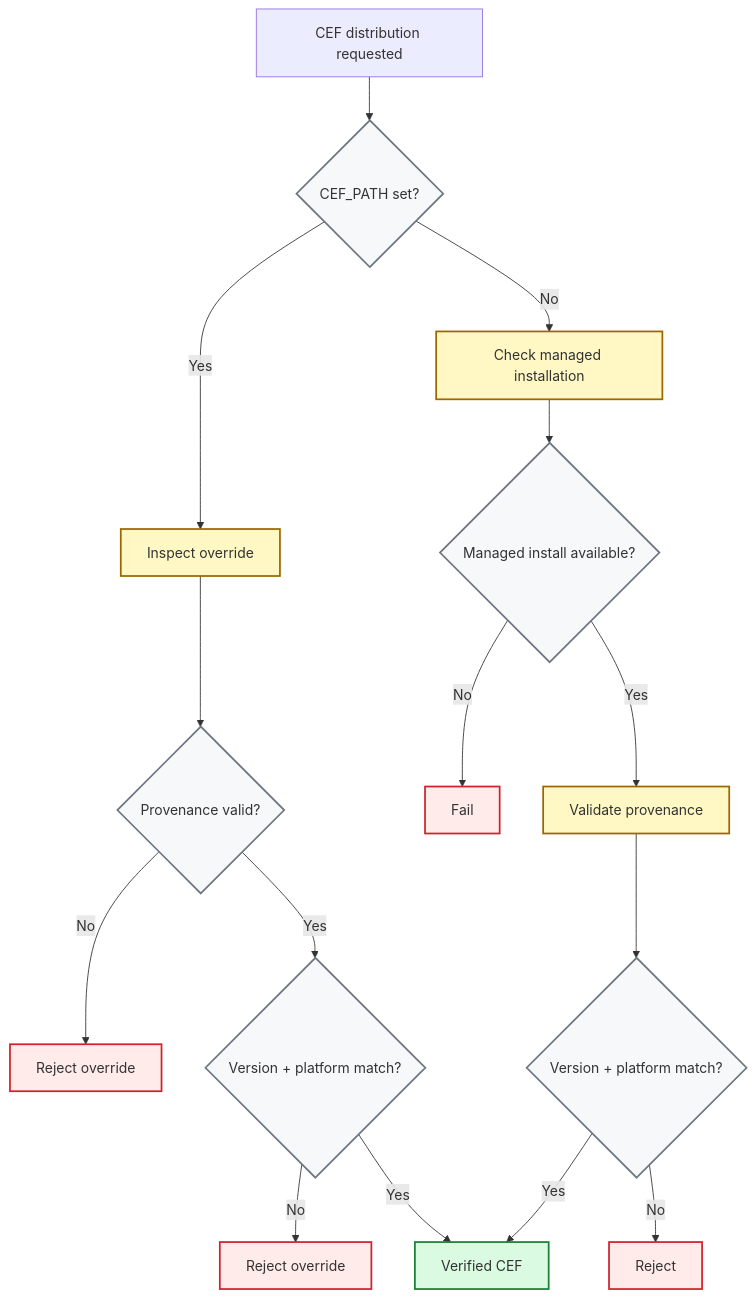
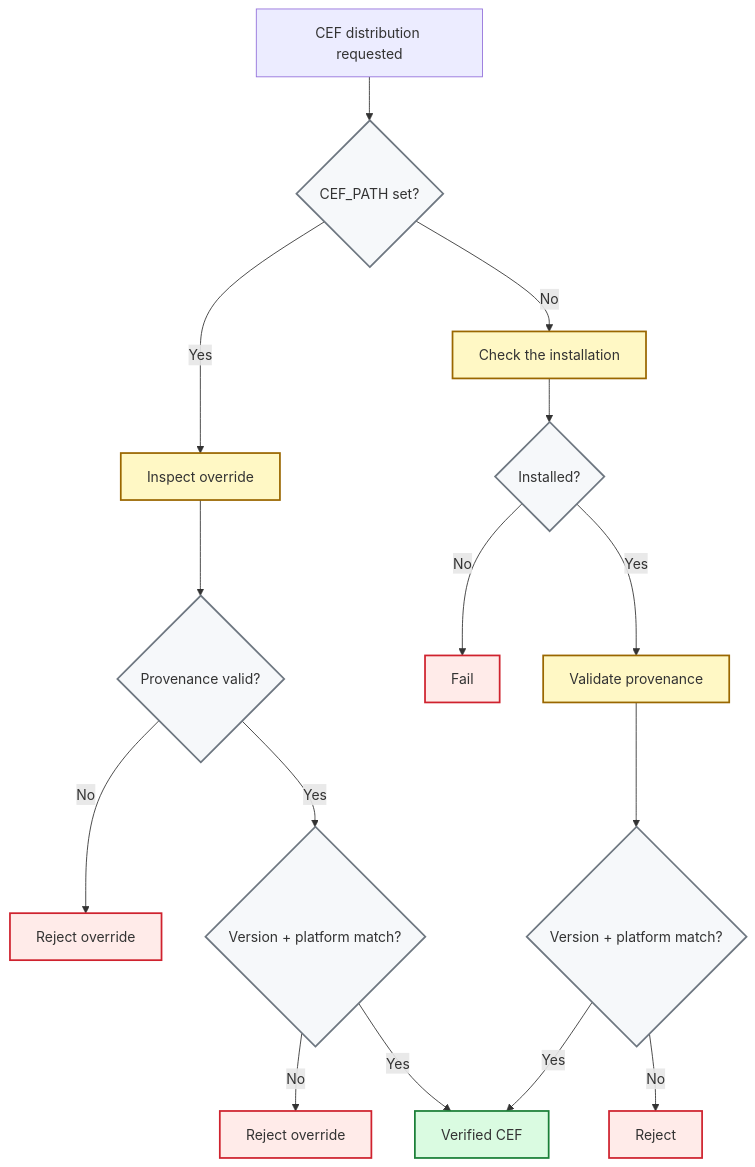
One commit to 0x48piraj/kurogane changed the third of 4 diagrams in docs/bundling.md. Above: the diagram before and after it, drawn with Mermaid. The commit also changed other lines of this file and 32 other files, not shown here.

````diff
--- a/docs/bundling.md
+++ b/docs/bundling.md
@@ -103,32 +103,32 @@
 ```mermaid
 flowchart TD
     A["CEF distribution requested"]
 
     A --> B{"CEF_PATH set?"}
 
     B -->|Yes| C["Inspect override"]
-    B -->|No| F["Check managed installation"]
+    B -->|No| F["Check the installation"]
 
     C --> D{"Provenance valid?"}
     D -->|No| E["Reject override"]
     D -->|Yes| G{"Version + platform match?"}
     G -->|No| H["Reject override"]
     G -->|Yes| I["Verified CEF"]
 
-    F --> J{"Managed install available?"}
+    F --> J{"Installed?"}
     J -->|No| K["Fail"]
     J -->|Yes| L["Validate provenance"]
     L --> M{"Version + platform match?"}
     M -->|No| N["Reject"]
     M -->|Yes| I
 
     classDef decision fill:#f6f8fa,stroke:#6e7781,stroke-width:2px;
     classDef process fill:#fff8c5,stroke:#9a6700,stroke-width:2px;
     classDef success fill:#dafbe1,stroke:#1a7f37,stroke-width:2px;
     classDef failure fill:#ffebe9,stroke:#cf222e,stroke-width:2px;
 
     class B,D,G,J,M decision;
     class C,F,L process;
     class I success;
     class E,H,K,N failure;
 ```
````
